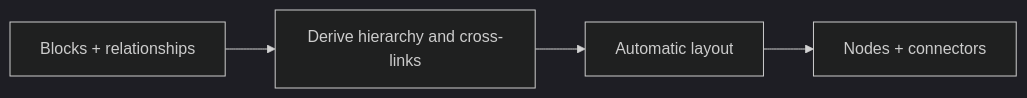
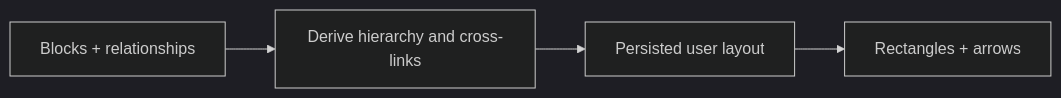
The third of 3 diagrams in docs/implementation-system/implementations/IMP-1003-projects.md (Akiirolabs/IOVault), drawn with Mermaid (dark theme) before and after one commit. The commit also changed other lines of this file and 12 other files, not shown here.

Commit message:
Implemented project tables, flowcharts, mindmaps, filtering, ordering, contextual actions, and persistent workspace data.

````diff
--- a/docs/implementation-system/implementations/IMP-1003-projects.md
+++ b/docs/implementation-system/implementations/IMP-1003-projects.md
@@ -115,6 +123,6 @@
 ```mermaid
 flowchart LR
   Objects["Blocks + relationships"] --> Edges["Derive hierarchy and cross-links"]
-  Edges --> Layout["Automatic layout"]
-  Layout --> Render["Nodes + connectors"]
+  Edges --> Layout["Persisted user layout"]
+  Layout --> Render["Rectangles + arrows"]
 ```
````
